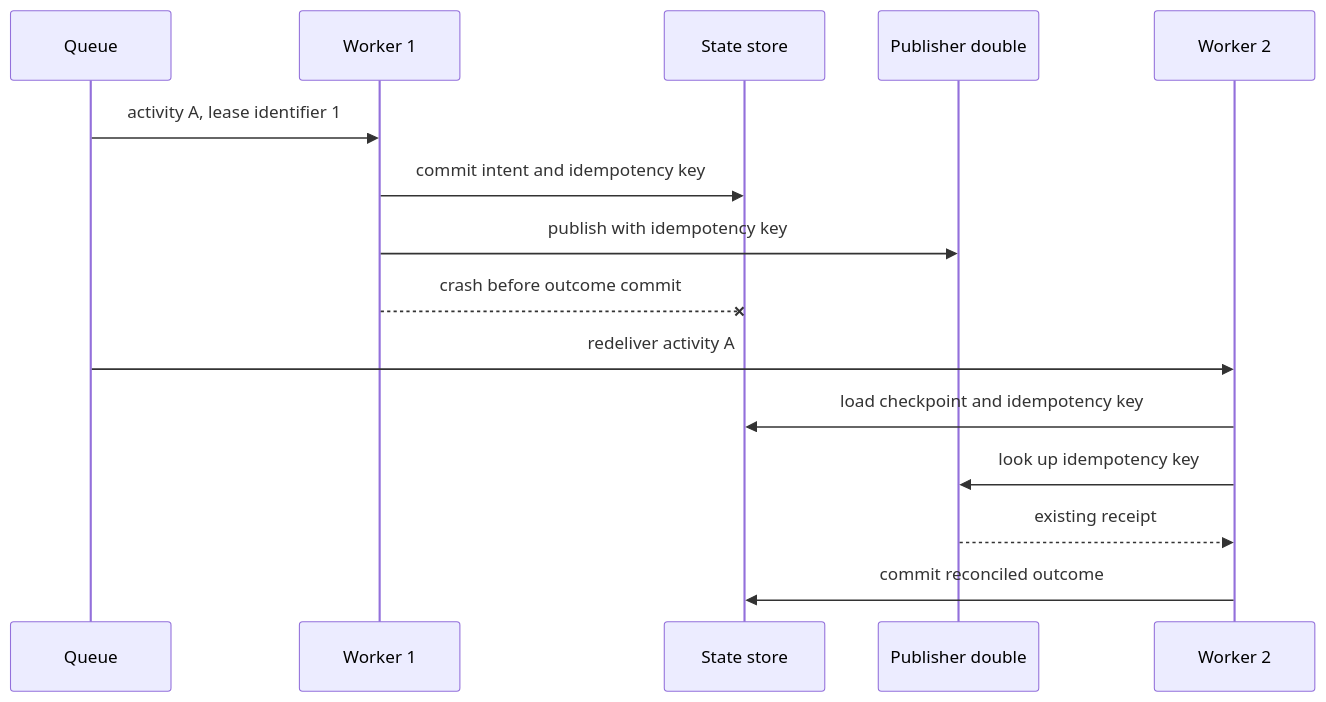
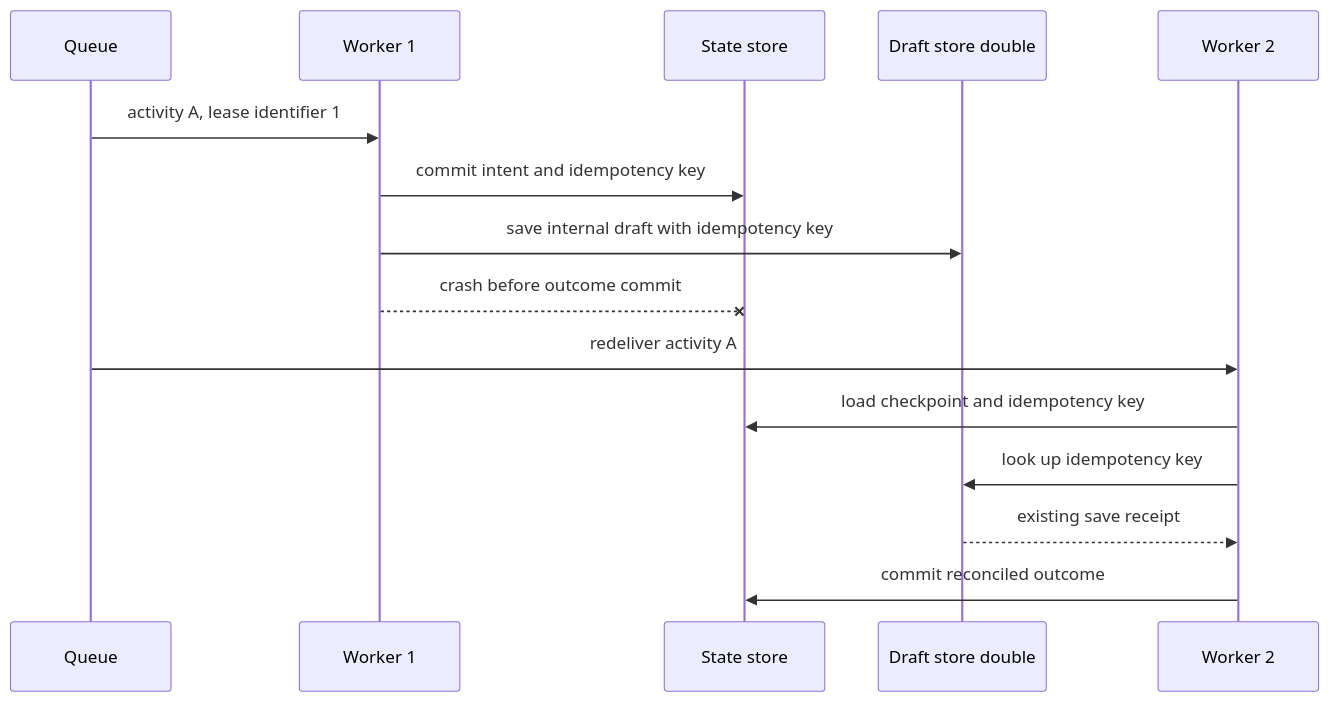
The third of 4 diagrams in modules/04-reasoning-workflows-collaboration/chapters/16-durable-execution.md (VikrantSingh01/Agentic_System_Design), drawn with Mermaid before and after one commit. The commit also changed other lines of this file and 8 other files, not shown here.

````diff
--- a/modules/04-reasoning-workflows-collaboration/chapters/16-durable-execution.md
+++ b/modules/04-reasoning-workflows-collaboration/chapters/16-durable-execution.md
@@ -86,17 +88,17 @@
 ```mermaid
 sequenceDiagram
     participant Q as Queue
     participant W1 as Worker 1
     participant S as State store
-    participant P as Publisher double
+    participant D as Draft store double
     participant W2 as Worker 2
     Q->>W1: activity A, lease identifier 1
     W1->>S: commit intent and idempotency key
-    W1->>P: publish with idempotency key
+    W1->>D: save internal draft with idempotency key
     W1--xS: crash before outcome commit
     Q->>W2: redeliver activity A
     W2->>S: load checkpoint and idempotency key
-    W2->>P: look up idempotency key
-    P-->>W2: existing receipt
+    W2->>D: look up idempotency key
+    D-->>W2: existing save receipt
     W2->>S: commit reconciled outcome
 ```
````
